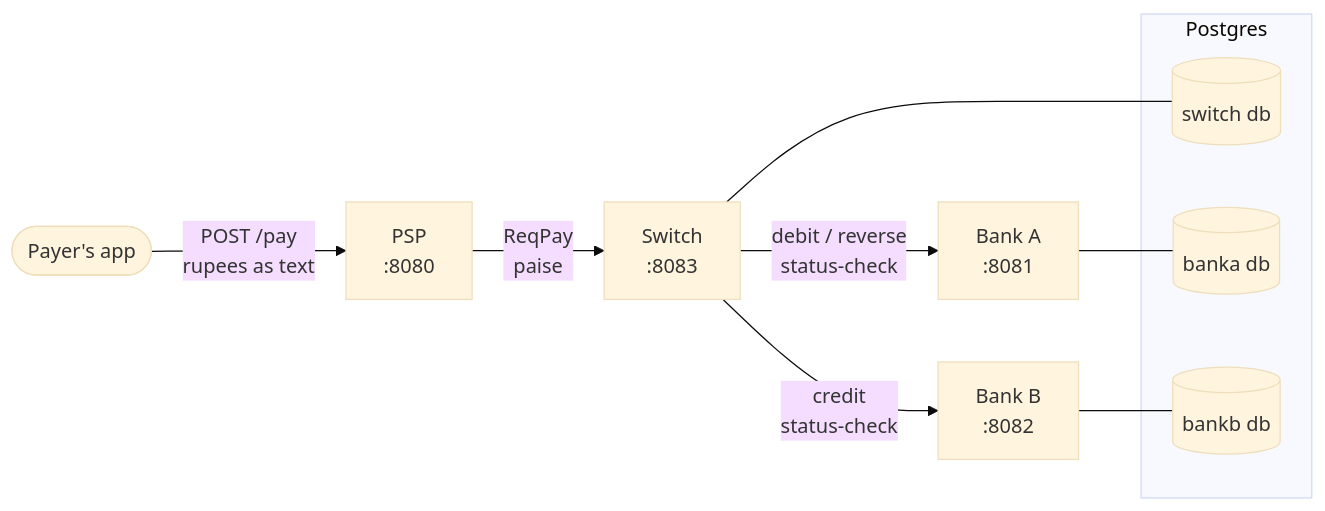
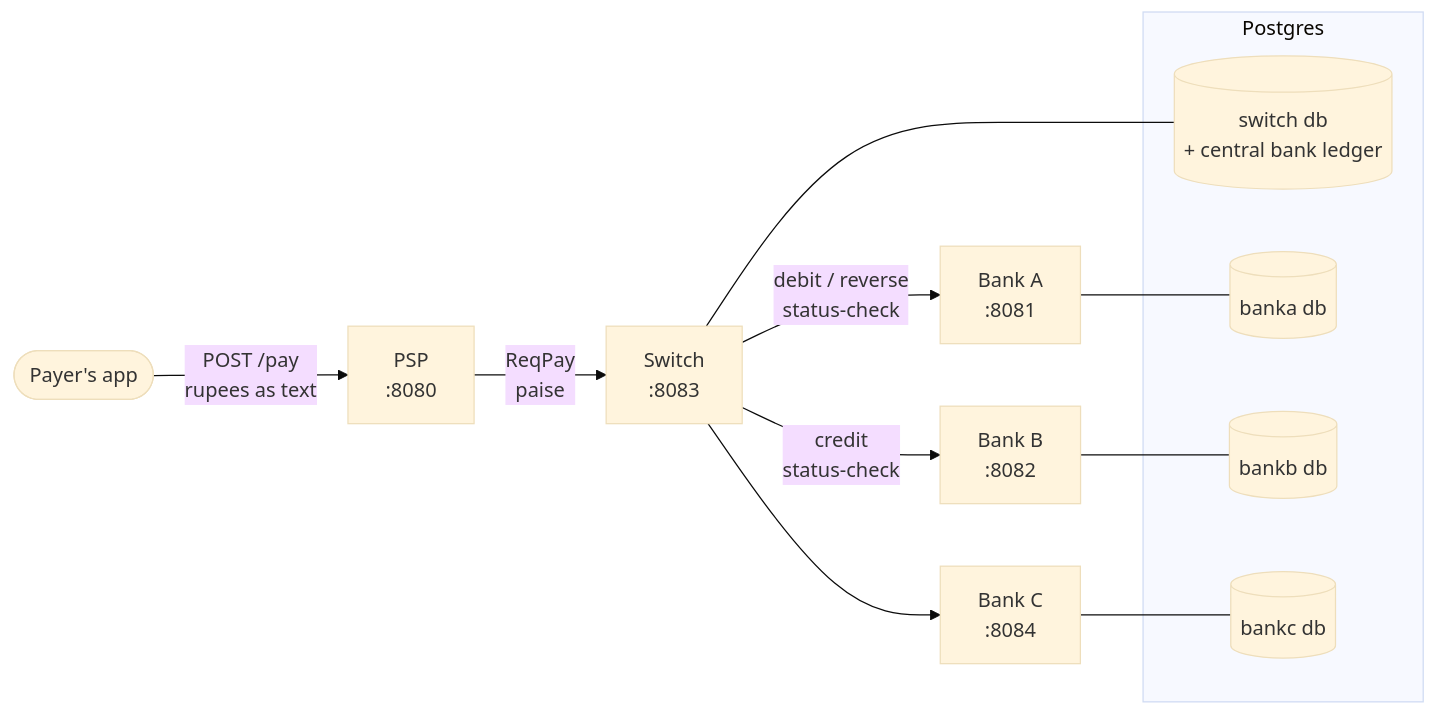
One commit to sanjeevveerapandian/payswitch changed the first of 2 diagrams in README.md. Above: the diagram before and after it, drawn with Mermaid (base theme). The commit also changed other lines of this file and 40 other files, not shown here.

````diff
--- a/README.md
+++ b/README.md
@@ -12,15 +13,18 @@
 ```mermaid
 flowchart LR
     U([Payer's app]) -->|POST /pay<br/>rupees as text| PSP[PSP<br/>:8080]
     PSP -->|ReqPay<br/>paise| SW[Switch<br/>:8083]
     SW -->|debit / reverse<br/>status-check| A[Bank A<br/>:8081]
     SW -->|credit<br/>status-check| B[Bank B<br/>:8082]
-    SW --- DBS[(switch db)]
+    SW --> C[Bank C<br/>:8084]
+    SW --- DBS[(switch db<br/>+ central bank ledger)]
     A --- DBA[(banka db)]
     B --- DBB[(bankb db)]
+    C --- DBC[(bankc db)]
     subgraph Postgres
         DBS
         DBA
         DBB
+        DBC
     end
 ```
````
